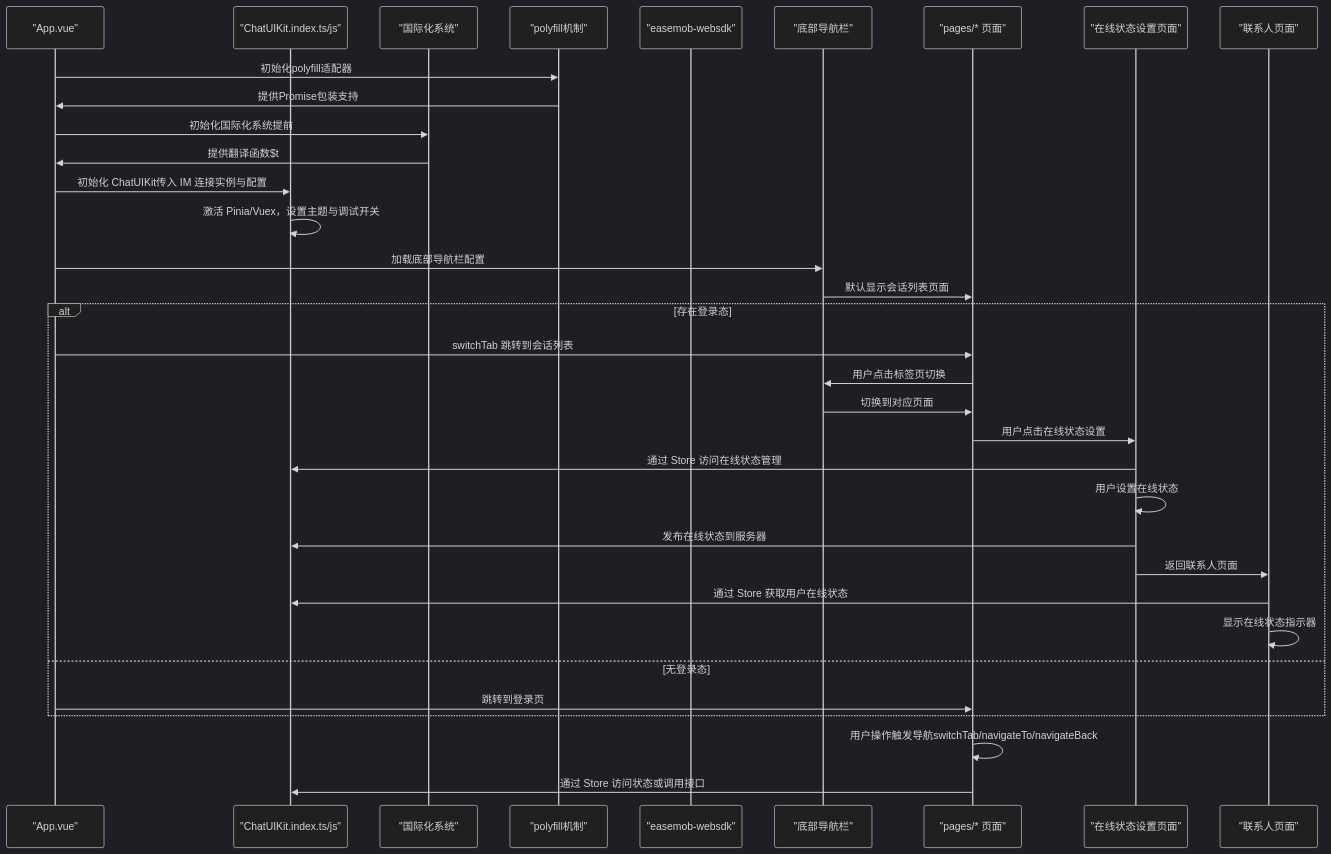
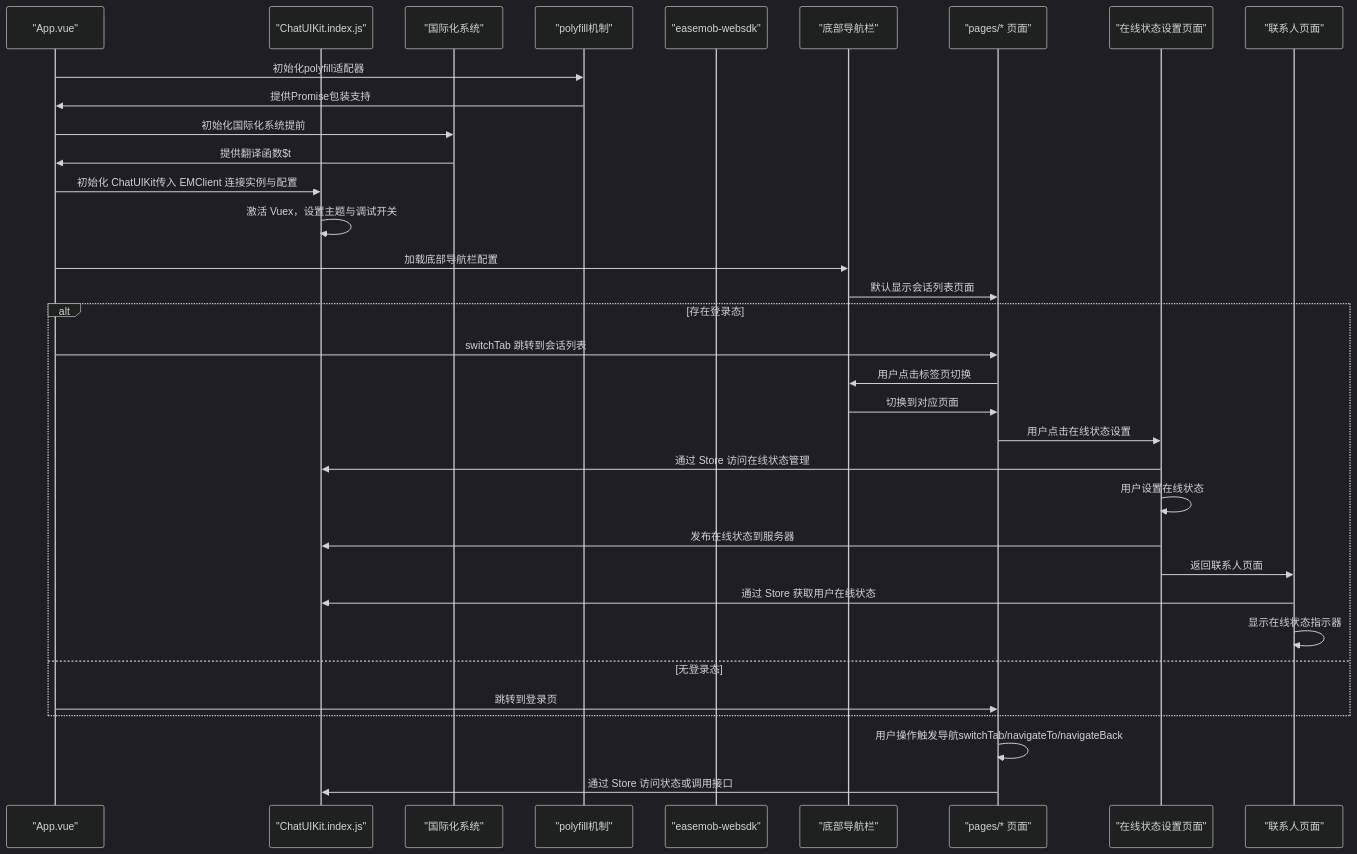
Before and after one commit to Easemob-Community/easemob-uikit-uniapp-community: the second of 16 diagrams in .qoder/repowiki/zh/content/示例应用/示例应用.md, drawn with Mermaid (dark theme). The commit also changed other lines of this file and 14 other files, not shown here.

````diff
--- a/.qoder/repowiki/zh/content/示例应用/示例应用.md
+++ b/.qoder/repowiki/zh/content/示例应用/示例应用.md
@@ -236,36 +174,36 @@
 ```mermaid
 sequenceDiagram
 participant App as "App.vue"
-participant Kit as "ChatUIKit.index.ts/js"
+participant Kit as "ChatUIKit.index.js"
 participant I18n as "国际化系统"
 participant Polyfill as "polyfill机制"
 participant SDK as "easemob-websdk"
 participant TabBar as "底部导航栏"
 participant Page as "pages/* 页面"
 participant Presence as "在线状态设置页面"
 participant Contact as "联系人页面"
 App->>Polyfill : 初始化polyfill适配器
 Polyfill->>App : 提供Promise包装支持
 App->>I18n : 初始化国际化系统提前
 I18n->>App : 提供翻译函数$t
-App->>Kit : 初始化 ChatUIKit传入 IM 连接实例与配置
-Kit->>Kit : 激活 Pinia/Vuex，设置主题与调试开关
+App->>Kit : 初始化 ChatUIKit传入 EMClient 连接实例与配置
+Kit->>Kit : 激活 Vuex，设置主题与调试开关
 App->>TabBar : 加载底部导航栏配置
 TabBar->>Page : 默认显示会话列表页面
 alt 存在登录态
 App->>Page : switchTab 跳转到会话列表
 Page->>TabBar : 用户点击标签页切换
 TabBar->>Page : 切换到对应页面
 Page->>Presence : 用户点击在线状态设置
 Presence->>Kit : 通过 Store 访问在线状态管理
 Presence->>Presence : 用户设置在线状态
 Presence->>Kit : 发布在线状态到服务器
 Presence->>Contact : 返回联系人页面
 Contact->>Kit : 通过 Store 获取用户在线状态
 Contact->>Contact : 显示在线状态指示器
 else 无登录态
 App->>Page : 跳转到登录页
 end
 Page->>Page : 用户操作触发导航switchTab/navigateTo/navigateBack
 Page->>Kit : 通过 Store 访问状态或调用接口
 ```
````
